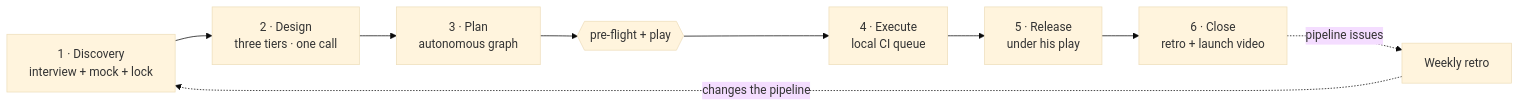
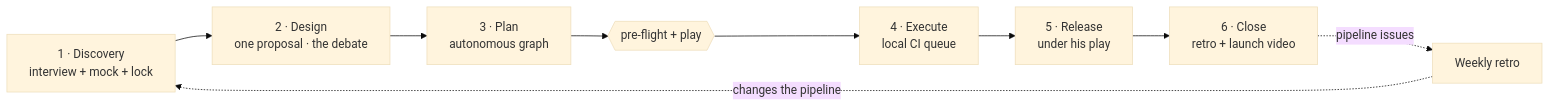
The diagram in README.md (farias-77/skills), drawn with Mermaid (base theme) before and after one commit. The commit also changed other lines of this file and 1 other file, not shown here.

First line of the commit message:
README, CLAUDE.md: stages 1-3 as rebuilt (the lock is his word, one review round; one proposal debated until closed, four documents, one reviewer; a plan with no user in the loop, one planner, one round); the roster and the packs with model and effort; the rulings budget per stage

````diff
--- a/README.md
+++ b/README.md
@@ -39,11 +39,11 @@
 ```mermaid
 flowchart LR
-  D1["1 · Discovery<br/>interview + mock + lock"] --> D2["2 · Design<br/>three tiers · one call"]
+  D1["1 · Discovery<br/>interview + mock + lock"] --> D2["2 · Design<br/>one proposal · the debate"]
   D2 --> D3["3 · Plan<br/>autonomous graph"]
   D3 --> PF{{"pre-flight + play"}}
   PF --> D4["4 · Execute<br/>local CI queue"]
   D4 --> D5["5 · Release<br/>under his play"]
   D5 --> D6["6 · Close<br/>retro + launch video"]
   D6 -. "pipeline issues" .-> W["Weekly retro"]
   W -. "changes the pipeline" .-> D1
 ```
````
